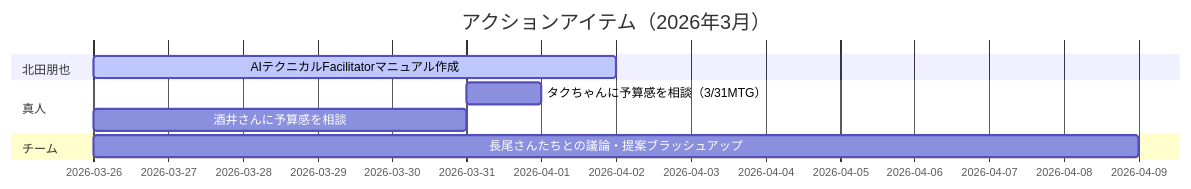
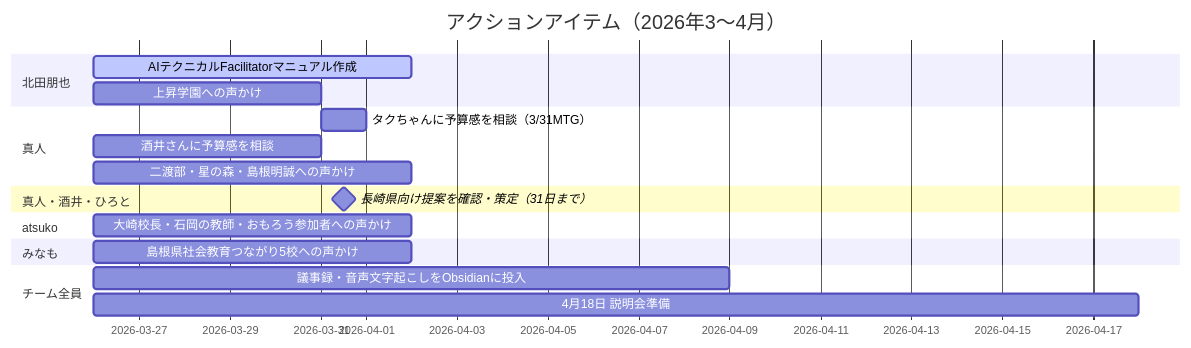
The seventh of 8 diagrams in プラネタリーラーニング_運営MTG_20260326.md (VOMOYA/planetary-learning-mtg-reports), drawn with Mermaid before and after one commit. The commit also changed other lines of this file, not shown here.

````diff
--- a/プラネタリーラーニング_運営MTG_20260326.md
+++ b/プラネタリーラーニング_運営MTG_20260326.md
@@ -143,12 +272,21 @@
 ```mermaid
 gantt
-    title アクションアイテム（2026年3月）
+    title アクションアイテム（2026年3〜4月）
     dateFormat  YYYY-MM-DD
     section 北田朋也
     AIテクニカルFacilitatorマニュアル作成 :active, a1, 2026-03-26, 7d
+    上昇学園への声かけ                    :a2, 2026-03-26, 5d
     section 真人
-    タクちゃんに予算感を相談（3/31MTG） :a2, 2026-03-31, 1d
-    酒井さんに予算感を相談             :a3, 2026-03-26, 5d
-    section チーム
-    長尾さんたちとの議論・提案ブラッシュアップ :a4, 2026-03-26, 14d
+    タクちゃんに予算感を相談（3/31MTG）   :a3, 2026-03-31, 1d
+    酒井さんに予算感を相談                :a4, 2026-03-26, 5d
+    二渡部・星の森・島根明誠への声かけ    :a5, 2026-03-26, 7d
+    section 真人・酒井・ひろと
+    長崎県向け提案を確認・策定（31日まで）:milestone, a6, 2026-03-31, 1d
+    section atsuko
+    大崎校長・石岡の教師・おもろう参加者への声かけ :a7, 2026-03-26, 7d
+    section みなも
+    島根県社会教育つながり5校への声かけ   :a8, 2026-03-26, 7d
+    section チーム全員
+    議事録・音声文字起こしをObsidianに投入 :a9, 2026-03-26, 14d
+    4月18日 説明会準備                    :a10, 2026-03-26, 23d
 ```
````
